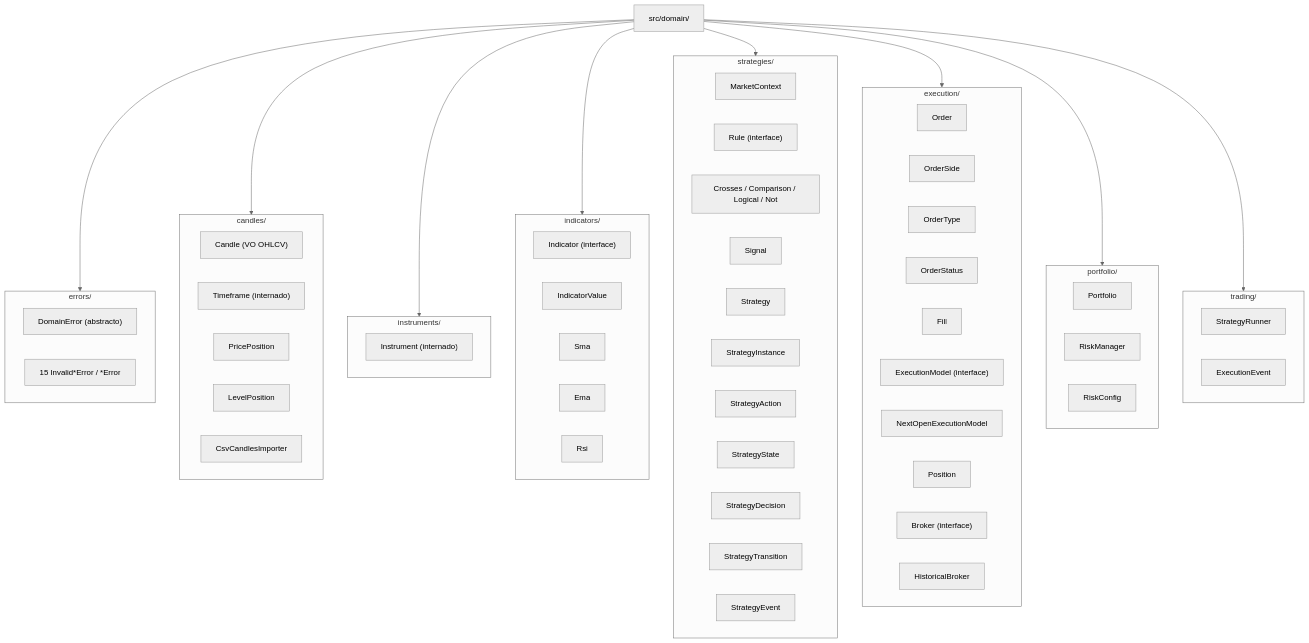
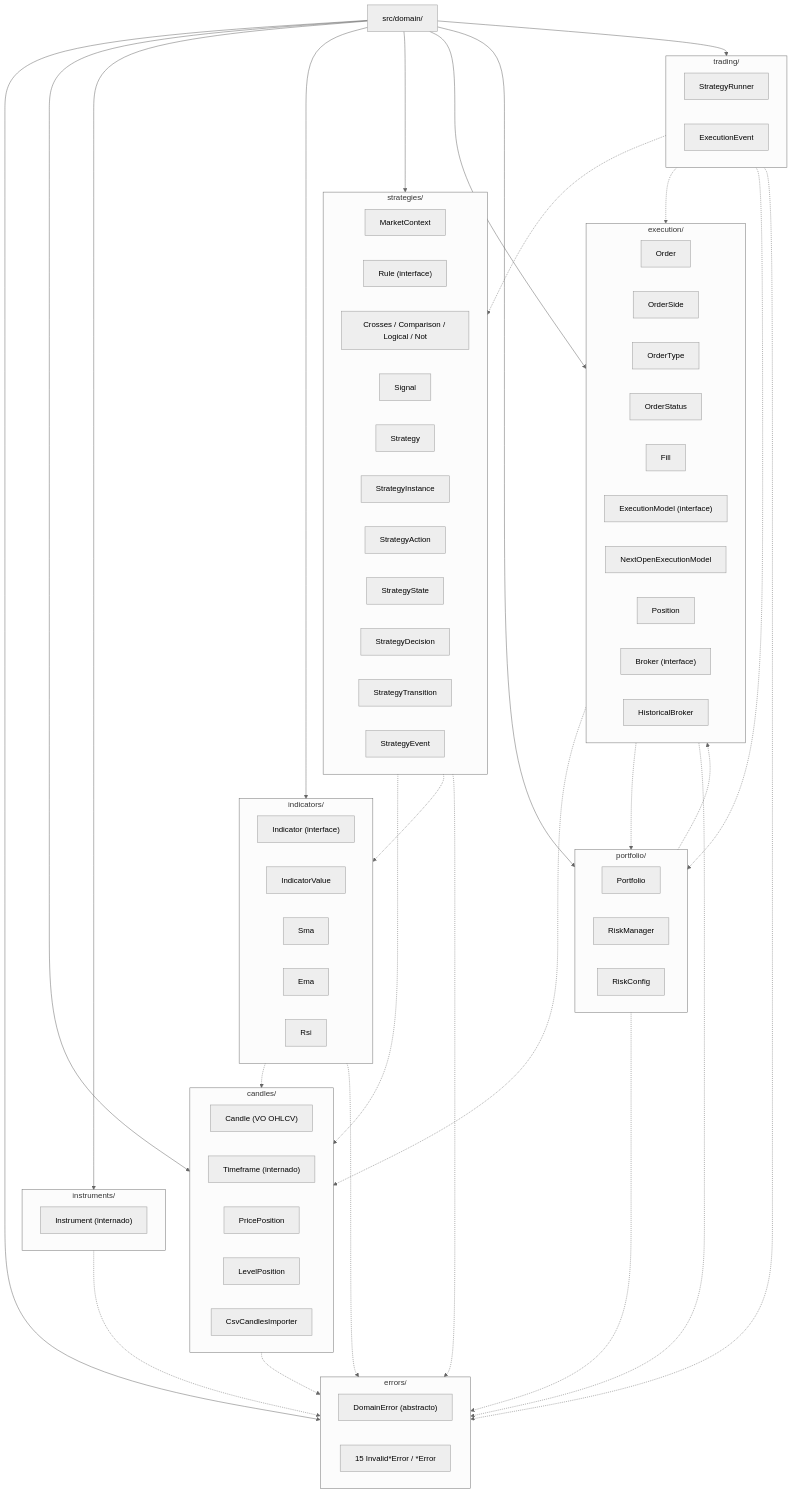
Before and after one commit to van2015/train2trade: the first of 4 diagrams in docs/domain-diagram-phase3.md, drawn with Mermaid (neutral theme). The commit also changed other lines of this file, not shown here.

Commit message:
docs: add inter-package dependency relations to the package diagram

````diff
--- a/docs/domain-diagram-phase3.md
+++ b/docs/domain-diagram-phase3.md
@@ -88,4 +88,22 @@
     Domain --> execution
     Domain --> portfolio
     Domain --> trading
+
+    %% dependencias entre paquetes (quién importa de quién): discontinua
+    candles -.-> errors
+    instruments -.-> errors
+    indicators -.-> candles
+    indicators -.-> errors
+    strategies -.-> candles
+    strategies -.-> indicators
+    strategies -.-> errors
+    execution -.-> candles
+    execution -.-> portfolio
+    execution -.-> errors
+    portfolio -.-> execution
+    portfolio -.-> errors
+    trading -.-> strategies
+    trading -.-> execution
+    trading -.-> portfolio
+    trading -.-> errors
 ```
````
